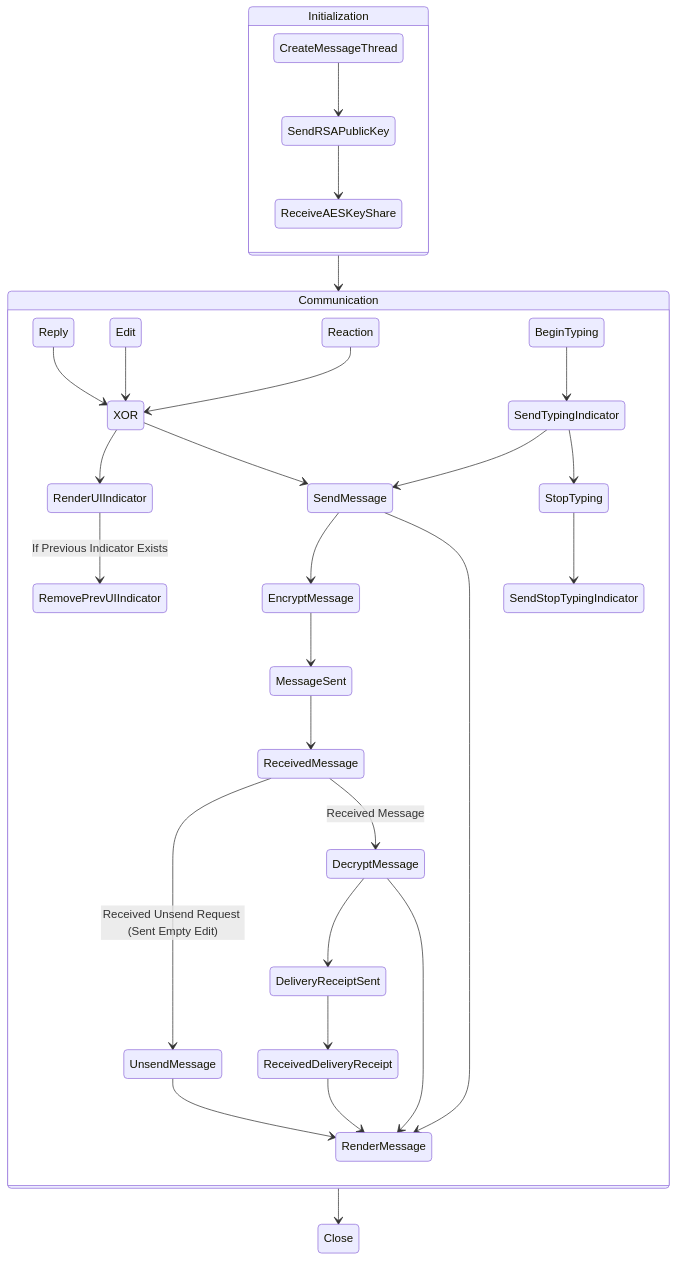
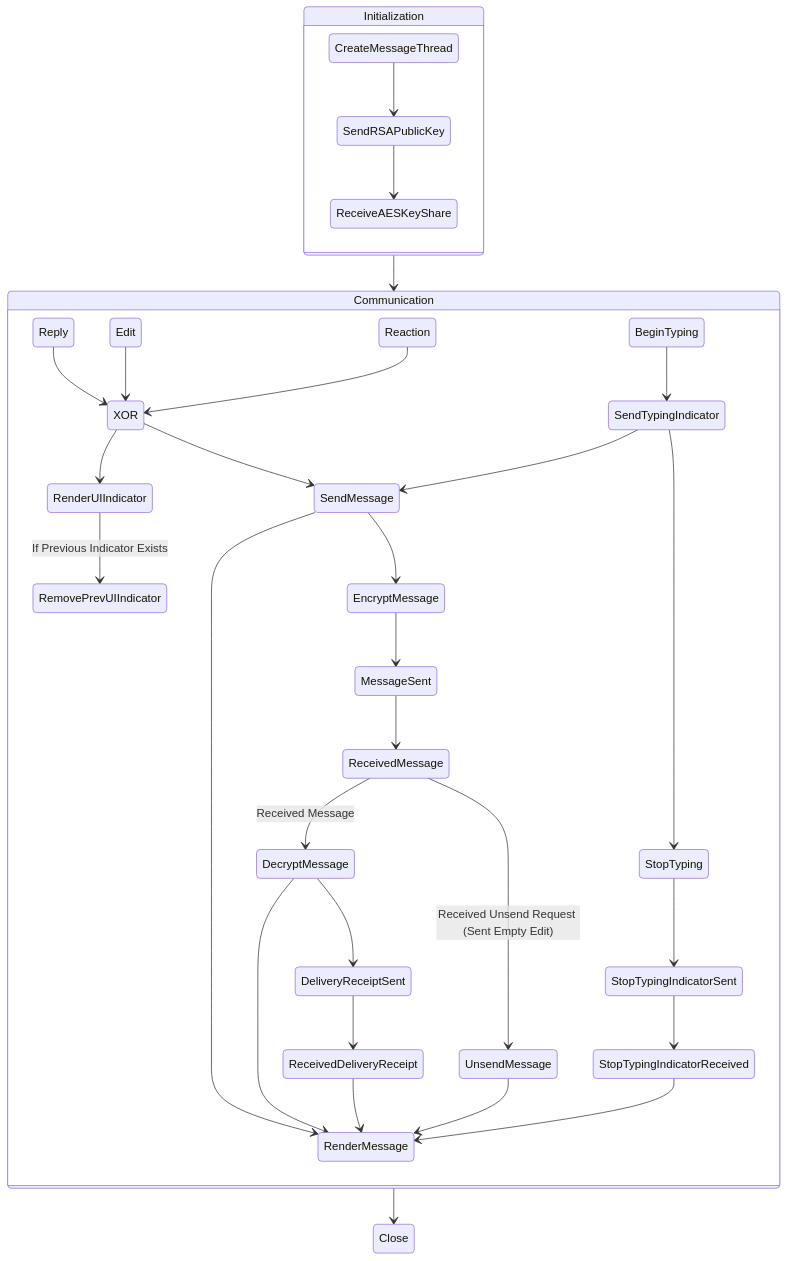
One commit to xXCrash2BomberXx/TinyChat changed the fourth of 4 diagrams in 4+1.md. Above: the diagram before and after it, drawn with Mermaid.

````diff
--- a/4+1.md
+++ b/4+1.md
@@ -119,32 +119,34 @@
 ```mermaid
 stateDiagram
   state Initialization {
     CreateMessageThread --> SendRSAPublicKey
     SendRSAPublicKey --> ReceiveAESKeyShare
   }
   state Communication {
     Reply --> XOR
     Edit --> XOR
     Reaction --> XOR
     XOR --> RenderUIIndicator
     RenderUIIndicator --> RemovePrevUIIndicator: If Previous Indicator Exists
     XOR --> SendMessage
     BeginTyping --> SendTypingIndicator
     SendTypingIndicator --> SendMessage
     SendMessage --> EncryptMessage
     EncryptMessage --> MessageSent
     MessageSent --> ReceivedMessage
     ReceivedMessage --> UnsendMessage: Received Unsend Request (Sent Empty Edit)
     ReceivedMessage --> DecryptMessage: Received Message
     DecryptMessage --> DeliveryReceiptSent
     DeliveryReceiptSent --> ReceivedDeliveryReceipt
     SendTypingIndicator --> StopTyping
-    StopTyping --> SendStopTypingIndicator
+    StopTyping --> StopTypingIndicatorSent
+    StopTypingIndicatorSent --> StopTypingIndicatorReceived
     SendMessage --> RenderMessage
     DecryptMessage --> RenderMessage
     ReceivedDeliveryReceipt --> RenderMessage
     UnsendMessage --> RenderMessage
+    StopTypingIndicatorReceived --> RenderMessage
   }
   Initialization --> Communication
   Communication --> Close
 ```
````
